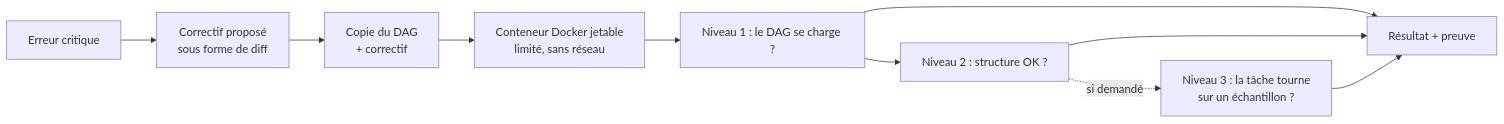
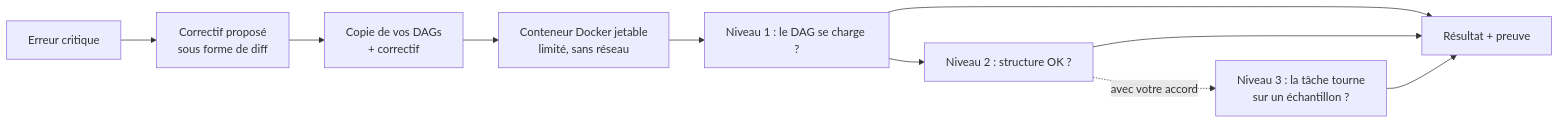
The third of 3 diagrams in docs/GUIDE_UTILISATEUR.md (dayzell/MLOps_Assistant_Hermes_x_AirFlow), drawn with Mermaid before and after one commit. The commit also changed other lines of this file and 19 other files, not shown here.

````diff
--- a/docs/GUIDE_UTILISATEUR.md
+++ b/docs/GUIDE_UTILISATEUR.md
@@ -186,12 +197,12 @@
 ```mermaid
 flowchart LR
     A[Erreur critique] --> B[Correctif proposé<br/>sous forme de diff]
-    B --> C[Copie du DAG<br/>+ correctif]
+    B --> C[Copie de vos DAGs<br/>+ correctif]
     C --> D[Conteneur Docker jetable<br/>limité, sans réseau]
     D --> E[Niveau 1 : le DAG se charge ?]
     E --> F[Niveau 2 : structure OK ?]
-    F -.->|si demandé| G[Niveau 3 : la tâche tourne<br/>sur un échantillon ?]
+    F -.->|avec votre accord| G[Niveau 3 : la tâche tourne<br/>sur un échantillon ?]
     E --> H[Résultat + preuve]
     F --> H
     G --> H
 ```
````
